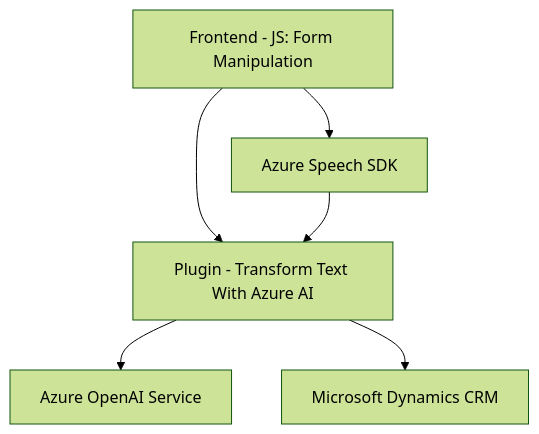
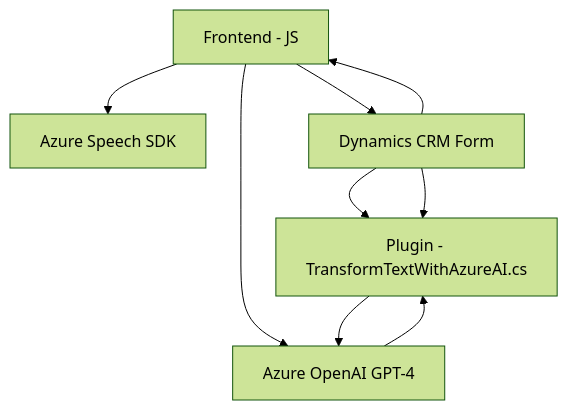
The diagram in README.md (blopezdm/NETCORE_BILBAO2025), drawn with Mermaid (forest theme) before and after one commit. The commit also changed other lines of this file, not shown here.

````diff
--- a/README.md
+++ b/README.md
@@ -39,14 +41,17 @@
 ```mermaid
 graph TD
-    A["Frontend - JS: Form Manipulation"]
-    B["Plugin - Transform Text With Azure AI"]
-    C["Microsoft Dynamics CRM"]
-    D["Azure Speech SDK"]
-    E["Azure OpenAI Service"]
-
+    A["Frontend - JS"]
+    B["Azure Speech SDK"]
+    C["Dynamics CRM Form"]
+    D["Azure OpenAI GPT-4"]
+    E["Plugin - TransformTextWithAzureAI.cs"]
+    
+    A --> B
+    A --> C
+    C --> A
     A --> D
-    A --> B
-    B --> E
-    B --> C
-    D --> B
+    C --> E
+    E --> D
+    D --> E
+    C --> E
 ```
````
